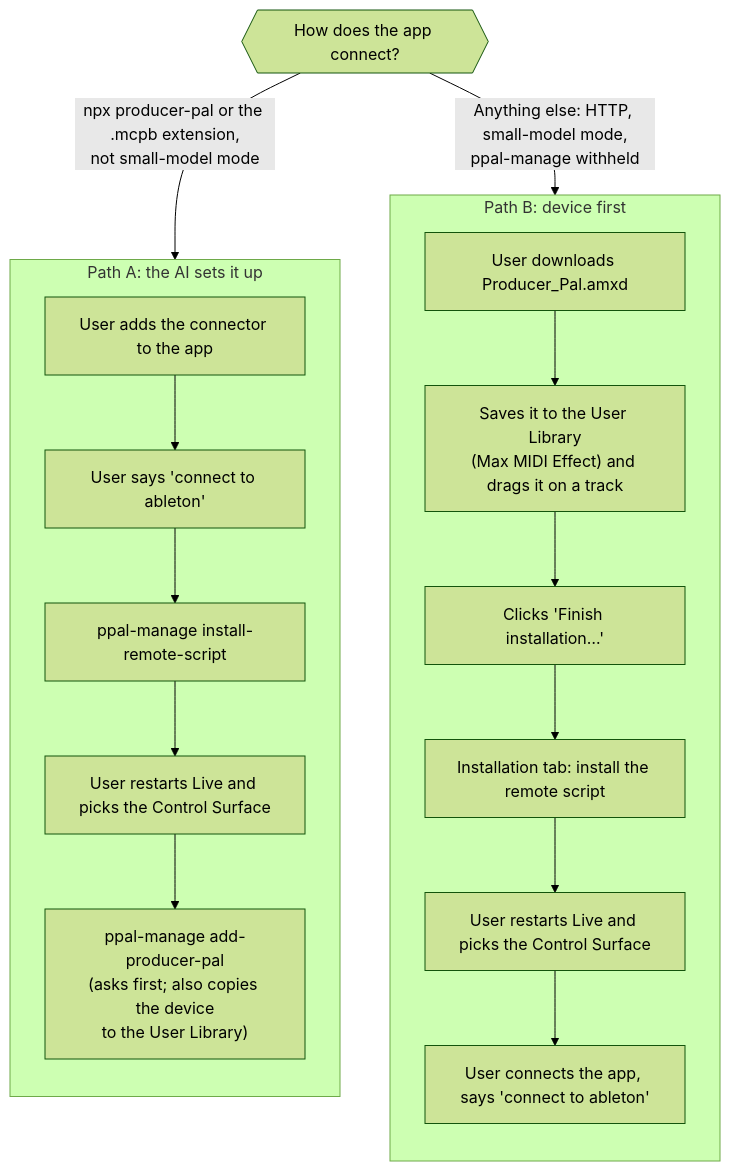
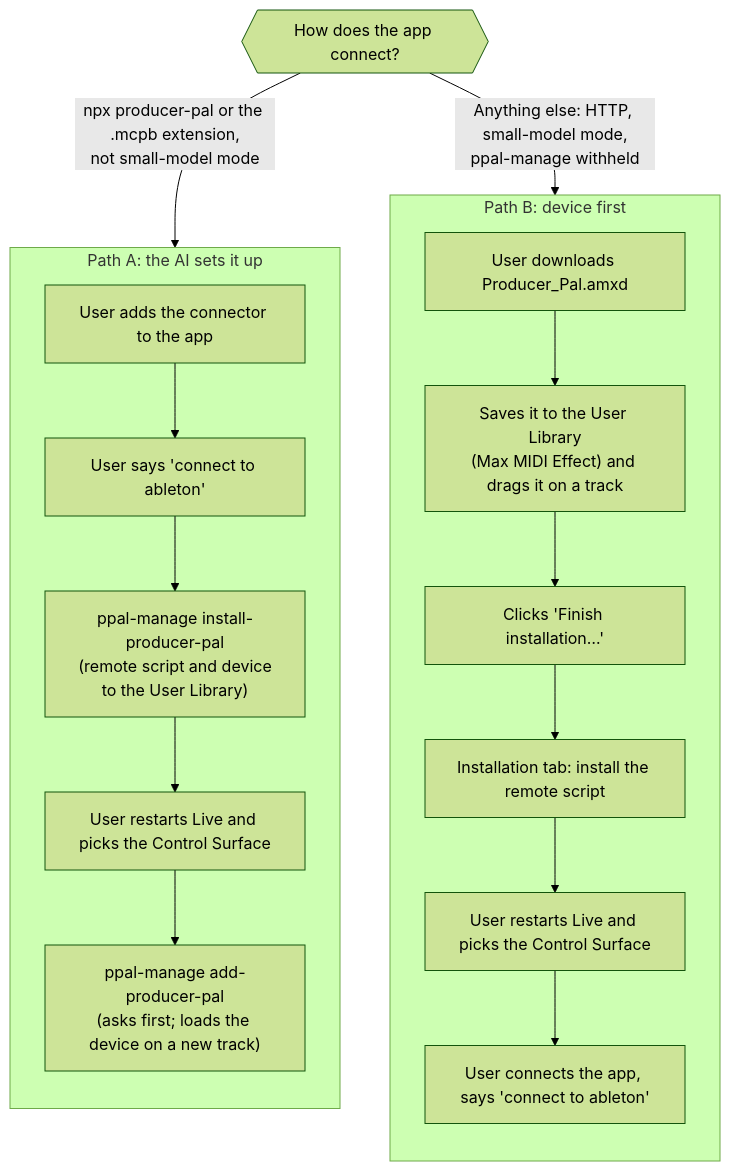
Before and after one commit to adamjmurray/producer-pal: the diagram in dev/architecture/install-paths.md, drawn with Mermaid (forest theme). The commit also changed other lines of this file and 51 other files, not shown here.

First line of the commit message:
feat(ppal-manage): one install step for the remote script and the device

````diff
--- a/dev/architecture/install-paths.md
+++ b/dev/architecture/install-paths.md
@@ -6,23 +6,23 @@
 ```mermaid
 flowchart TD
   pick{{"How does the app connect?"}}
   pick -->|"npx producer-pal or the .mcpb extension,<br/>not small-model mode"| A
   pick -->|"Anything else: HTTP, small-model mode,<br/>ppal-manage withheld"| B
 
   subgraph A["Path A: the AI sets it up"]
     direction TB
     A1["User adds the connector to the app"] --> A2["User says 'connect to ableton'"]
-    A2 --> A3["ppal-manage install-remote-script"]
+    A2 --> A3["ppal-manage install-producer-pal<br/>(remote script and device<br/>to the User Library)"]
     A3 --> A4["User restarts Live and picks the Control Surface"]
-    A4 --> A5["ppal-manage add-producer-pal<br/>(asks first; also copies the device<br/>to the User Library)"]
+    A4 --> A5["ppal-manage add-producer-pal<br/>(asks first; loads the device on a new track)"]
   end
 
   subgraph B["Path B: device first"]
     direction TB
     B1["User downloads Producer_Pal.amxd"] --> B2["Saves it to the User Library<br/>(Max MIDI Effect) and drags it on a track"]
     B2 --> B3["Clicks 'Finish installation…'"]
     B3 --> B4["Installation tab: install the remote script"]
     B4 --> B5["User restarts Live and picks the Control Surface"]
     B5 --> B6["User connects the app, says 'connect to ableton'"]
   end
 ```
````
